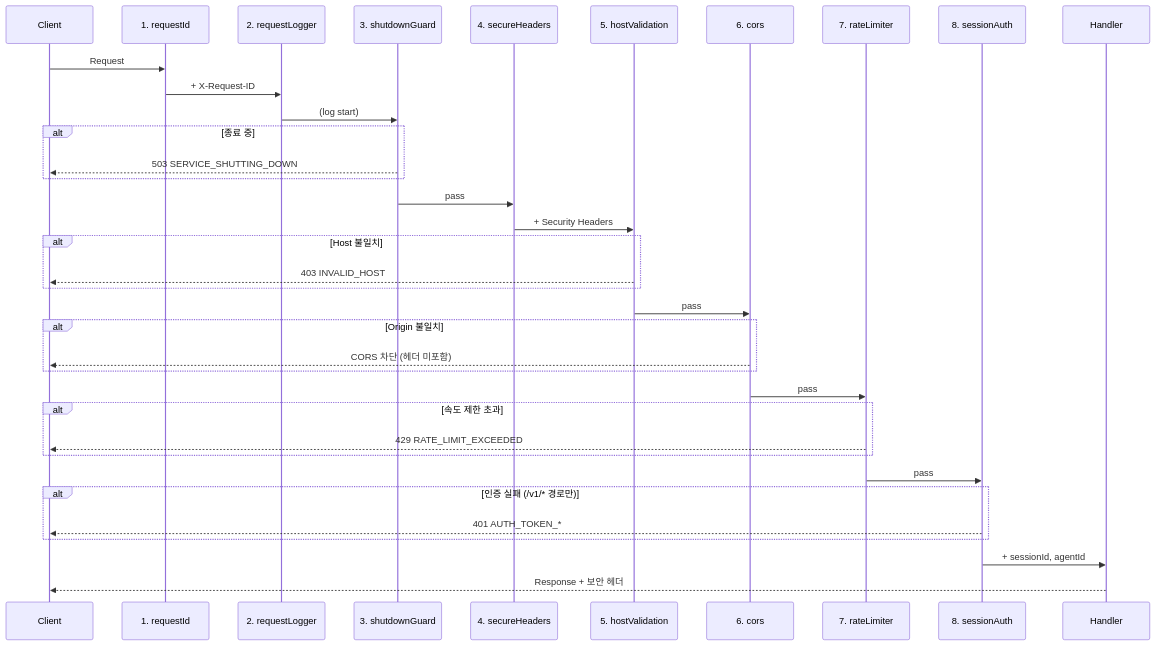
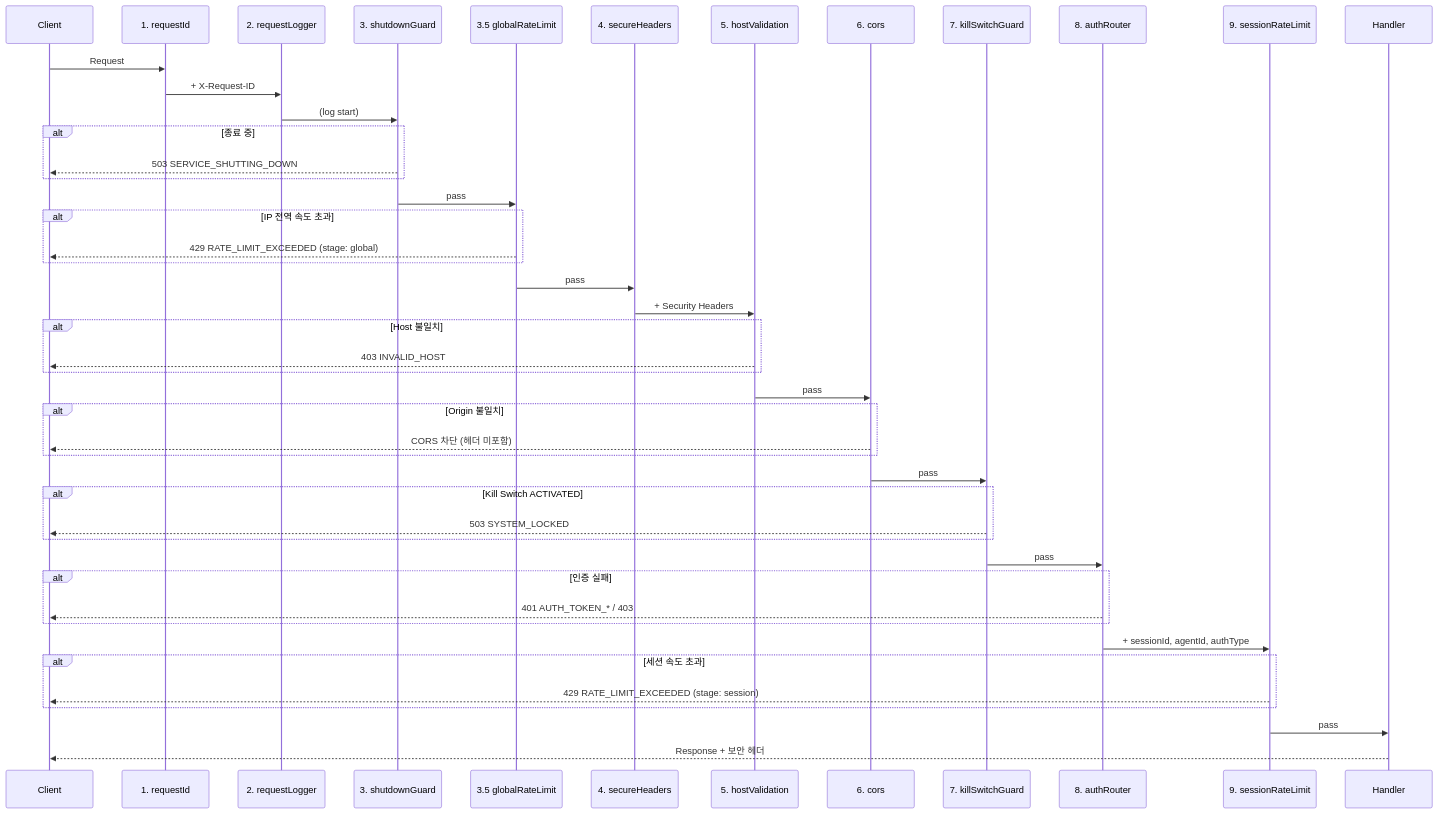
The diagram in .planning/deliverables/29-api-framework-design.md (minhoyoo-iotrust/WAIaaS), drawn with Mermaid before and after one commit. The commit also changed other lines of this file and 17 other files, not shown here.

````diff
--- a/.planning/deliverables/29-api-framework-design.md
+++ b/.planning/deliverables/29-api-framework-design.md
@@ -523,49 +628,63 @@
 ```mermaid
 sequenceDiagram
     participant Client
     participant M1 as 1. requestId
     participant M2 as 2. requestLogger
     participant M3 as 3. shutdownGuard
+    participant M35 as 3.5 globalRateLimit
     participant M4 as 4. secureHeaders
     participant M5 as 5. hostValidation
     participant M6 as 6. cors
-    participant M7 as 7. rateLimiter
-    participant M8 as 8. sessionAuth
+    participant M7 as 7. killSwitchGuard
+    participant M8 as 8. authRouter
+    participant M9 as 9. sessionRateLimit
     participant H as Handler
 
     Client->>M1: Request
     M1->>M2: + X-Request-ID
     M2->>M3: (log start)
 
     alt 종료 중
         M3-->>Client: 503 SERVICE_SHUTTING_DOWN
     end
 
-    M3->>M4: pass
+    M3->>M35: pass
+
+    alt IP 전역 속도 초과
+        M35-->>Client: 429 RATE_LIMIT_EXCEEDED (stage: global)
+    end
+
+    M35->>M4: pass
     M4->>M5: + Security Headers
 
     alt Host 불일치
         M5-->>Client: 403 INVALID_HOST
     end
 
     M5->>M6: pass
 
     alt Origin 불일치
         M6-->>Client: CORS 차단 (헤더 미포함)
     end
 
     M6->>M7: pass
 
-    alt 속도 제한 초과
-        M7-->>Client: 429 RATE_LIMIT_EXCEEDED
+    alt Kill Switch ACTIVATED
+        M7-->>Client: 503 SYSTEM_LOCKED
     end
 
     M7->>M8: pass
 
-    alt 인증 실패 (/v1/* 경로만)
-        M8-->>Client: 401 AUTH_TOKEN_*
+    alt 인증 실패
+        M8-->>Client: 401 AUTH_TOKEN_* / 403
     end
 
-    M8->>H: + sessionId, agentId
+    M8->>M9: + sessionId, agentId, authType
+
+    alt 세션 속도 초과
+        M9-->>Client: 429 RATE_LIMIT_EXCEEDED (stage: session)
+    end
+
+    M9->>H: pass
     H-->>Client: Response + 보안 헤더
 ```
````
